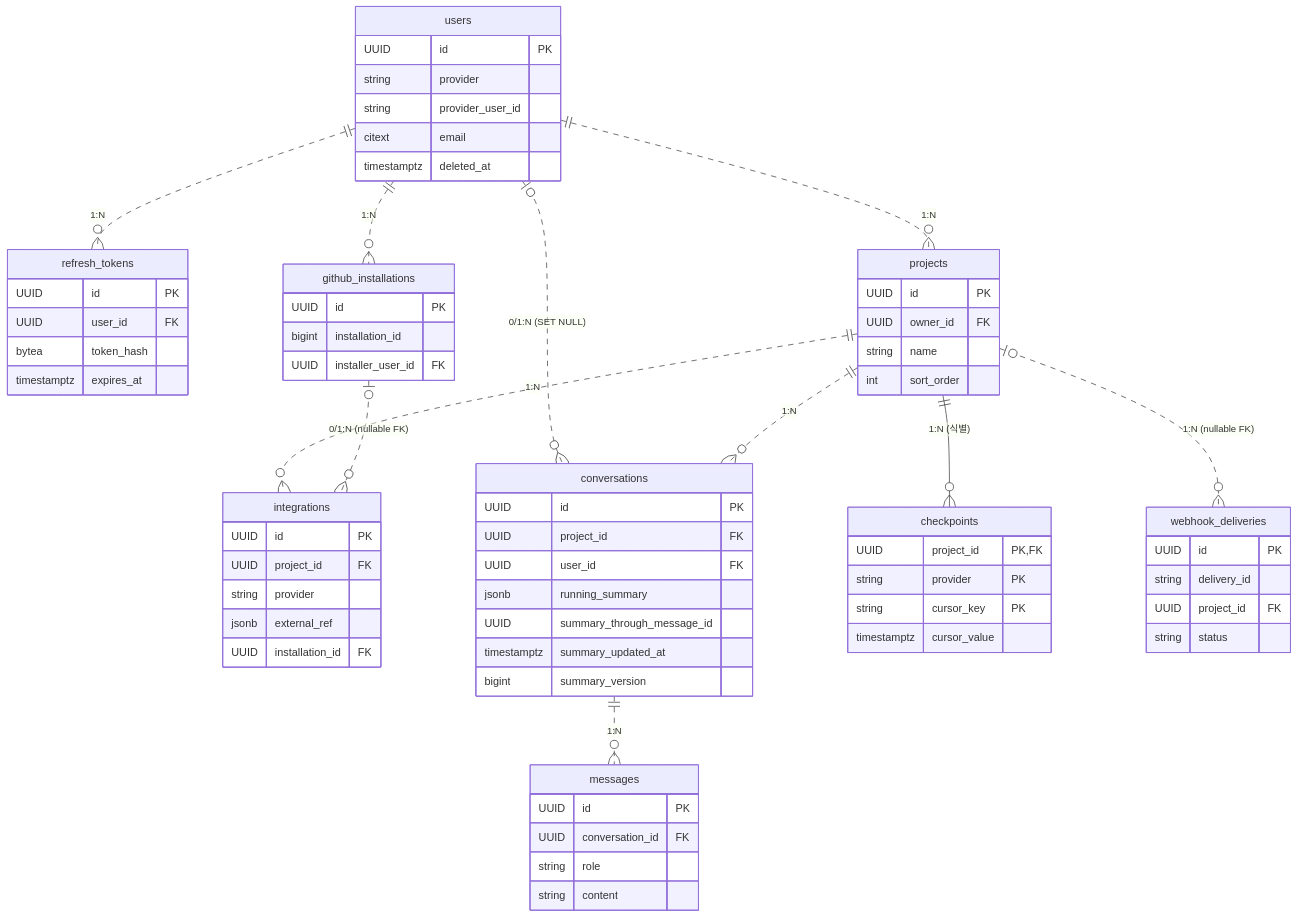
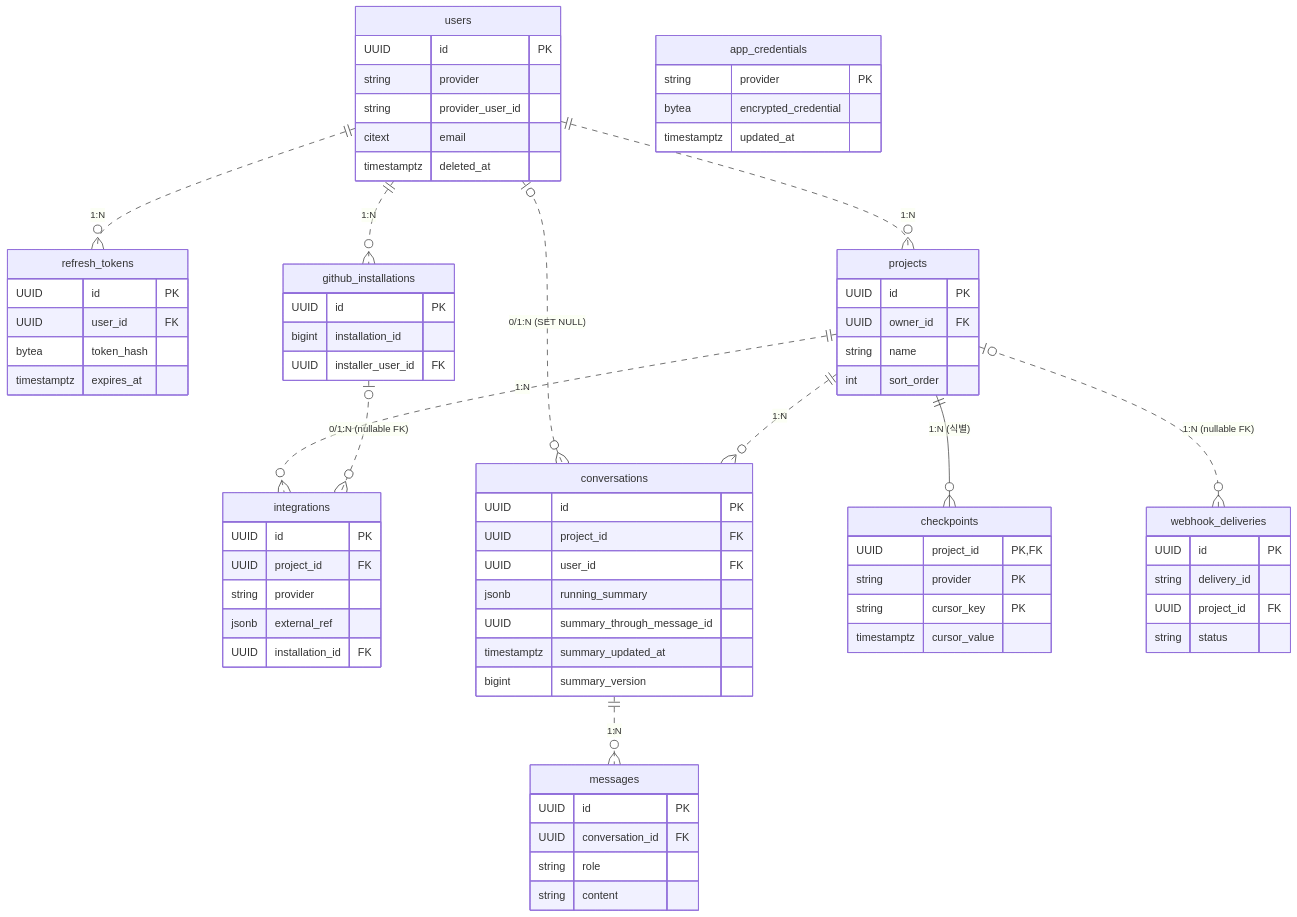
Before and after one commit to se-zero/history-tracker: the diagram in docs/DB.md, drawn with Mermaid. The commit also changed other lines of this file and 3 other files, not shown here.

Commit message:
docs: app_credentials 반영 및 Jira 개인정보 정책 문서 추가

````diff
--- a/docs/DB.md
+++ b/docs/DB.md
@@ -13,72 +13,77 @@
 ```mermaid
 erDiagram
     users {
         UUID id PK
         string provider
         string provider_user_id
         citext email
         timestamptz deleted_at
     }
     refresh_tokens {
         UUID id PK
         UUID user_id FK
         bytea token_hash
         timestamptz expires_at
     }
     github_installations {
         UUID id PK
         bigint installation_id
         UUID installer_user_id FK
     }
     projects {
         UUID id PK
         UUID owner_id FK
         string name
         int sort_order
     }
     integrations {
         UUID id PK
         UUID project_id FK
         string provider
         jsonb external_ref
         UUID installation_id FK
     }
     conversations {
         UUID id PK
         UUID project_id FK
         UUID user_id FK
         jsonb running_summary
         UUID summary_through_message_id
         timestamptz summary_updated_at
         bigint summary_version
     }
     messages {
         UUID id PK
         UUID conversation_id FK
         string role
         string content
     }
     checkpoints {
         UUID project_id PK,FK
         string provider PK
         string cursor_key PK
         timestamptz cursor_value
     }
     webhook_deliveries {
         UUID id PK
         string delivery_id
         UUID project_id FK
         string status
     }
+    app_credentials {
+        string provider PK
+        bytea encrypted_credential
+        timestamptz updated_at
+    }
 
     users          ||..o{ refresh_tokens        : "1:N"
     users          ||..o{ github_installations  : "1:N"
     users          ||..o{ projects              : "1:N"
     users          |o..o{ conversations         : "0/1:N  (SET NULL)"
     projects       ||..o{ integrations          : "1:N"
     projects       ||..o{ conversations         : "1:N"
     projects       |o..o{ webhook_deliveries    : "1:N  (nullable FK)"
     projects       ||--o{ checkpoints           : "1:N  (식별)"
     github_installations |o..o{ integrations   : "0/1:N  (nullable FK)"
     conversations  ||..o{ messages              : "1:N"
 ```
````
